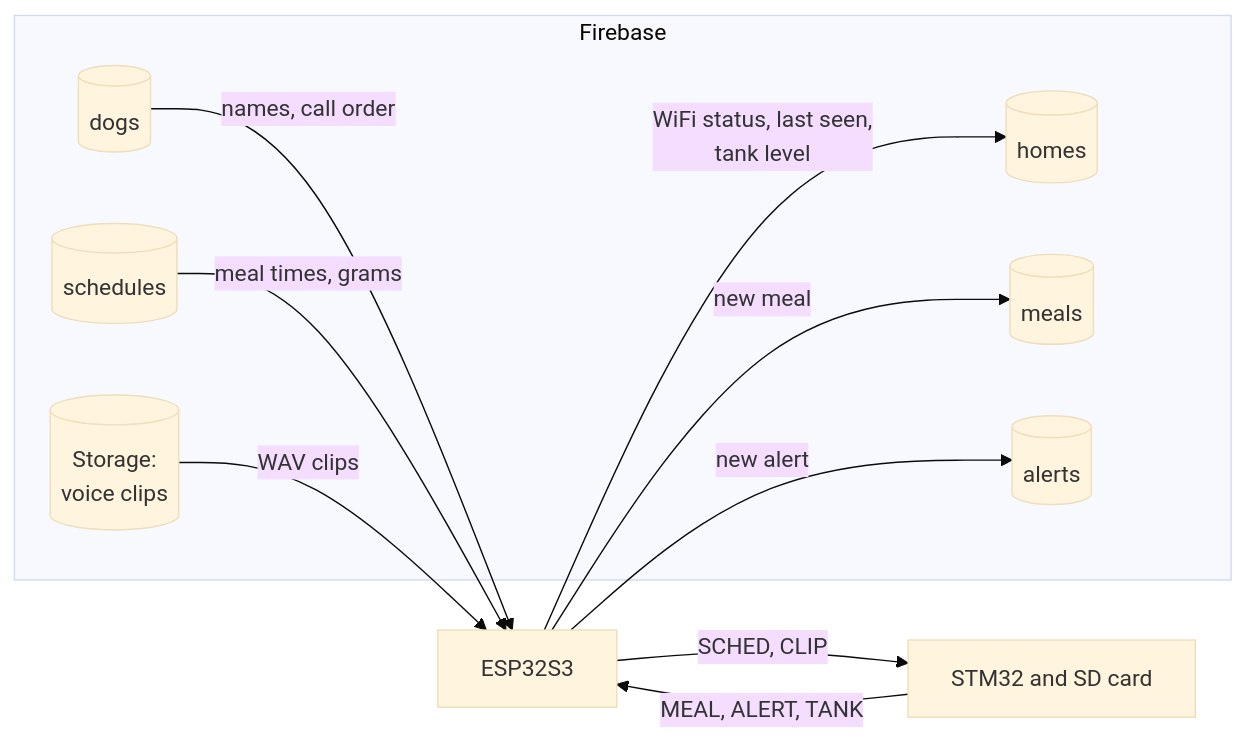
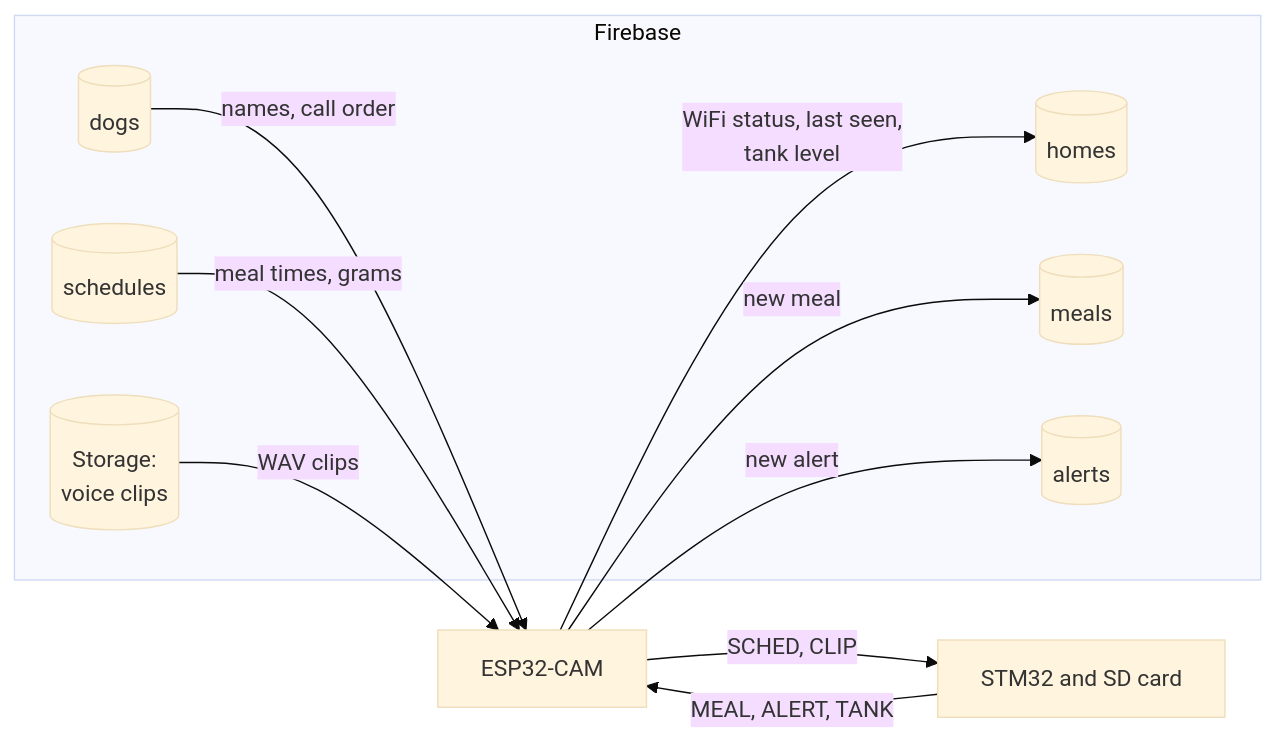
The eighth of 9 diagrams in hardware/02_system_architecture.md (sourcandy101/kibbly), drawn with Mermaid (base theme) before and after one commit. The commit also changed other lines of this file and 13 other files, not shown here.

First line of the commit message:
Add circuit 5 (ESP32-CAM link) and update the architecture to the real parts

````diff
--- a/hardware/02_system_architecture.md
+++ b/hardware/02_system_architecture.md
@@ -399,23 +415,23 @@
 ```mermaid
 flowchart LR
     subgraph FB["Firebase"]
         HOMES[("homes")]
         DOGS[("dogs")]
         SCHED[("schedules")]
         MEALS[("meals")]
         ALERTS[("alerts")]
         STORE[("Storage:<br/>voice clips")]
     end
 
-    ESP["ESP32S3"]
+    ESP["ESP32-CAM"]
     STM["STM32 and SD card"]
 
     DOGS -->|"names, call order"| ESP
     SCHED -->|"meal times, grams"| ESP
     STORE -->|"WAV clips"| ESP
     ESP -->|"SCHED, CLIP"| STM
     STM -->|"MEAL, ALERT, TANK"| ESP
     ESP -->|"new meal"| MEALS
     ESP -->|"new alert"| ALERTS
     ESP -->|"WiFi status, last seen,<br/>tank level"| HOMES
 ```
````
